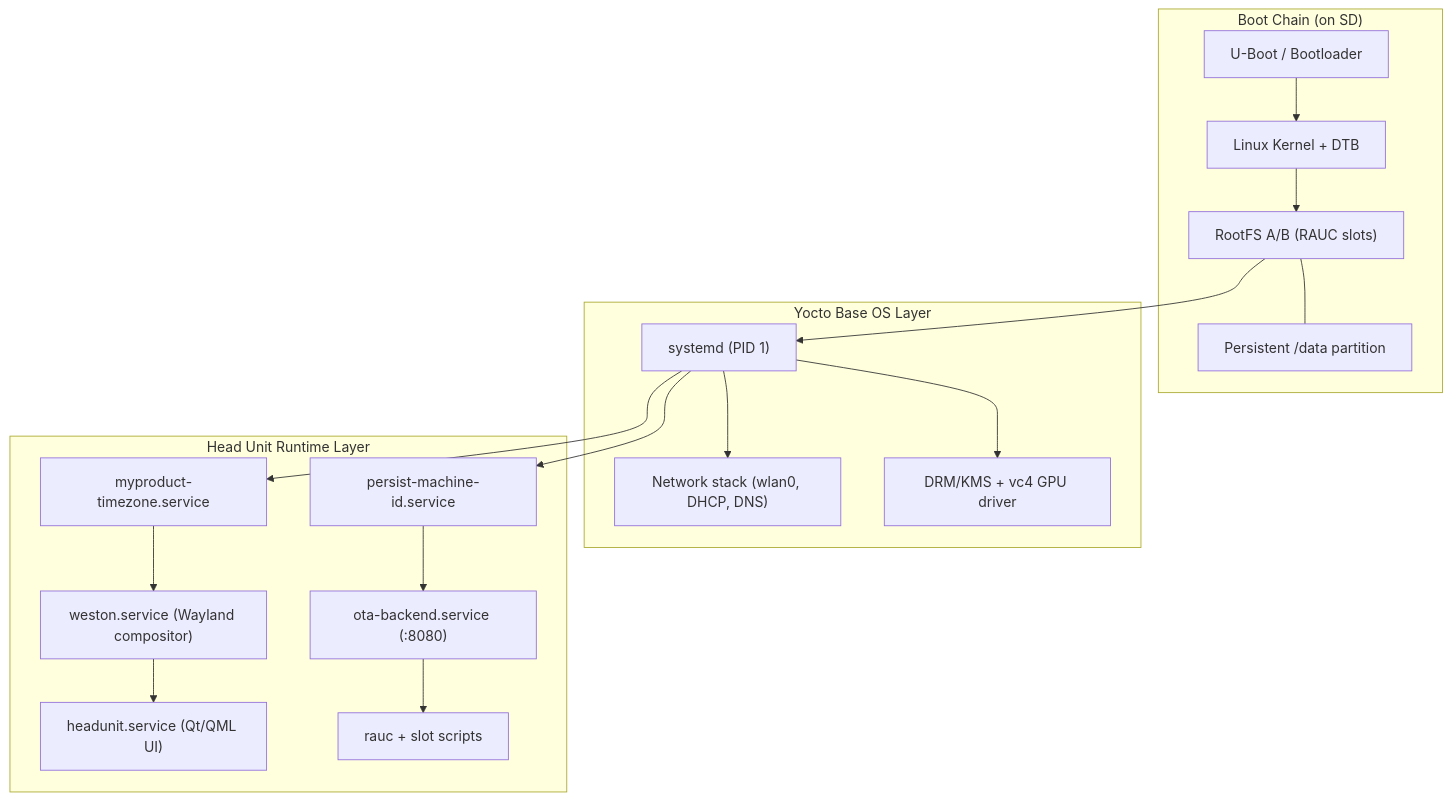
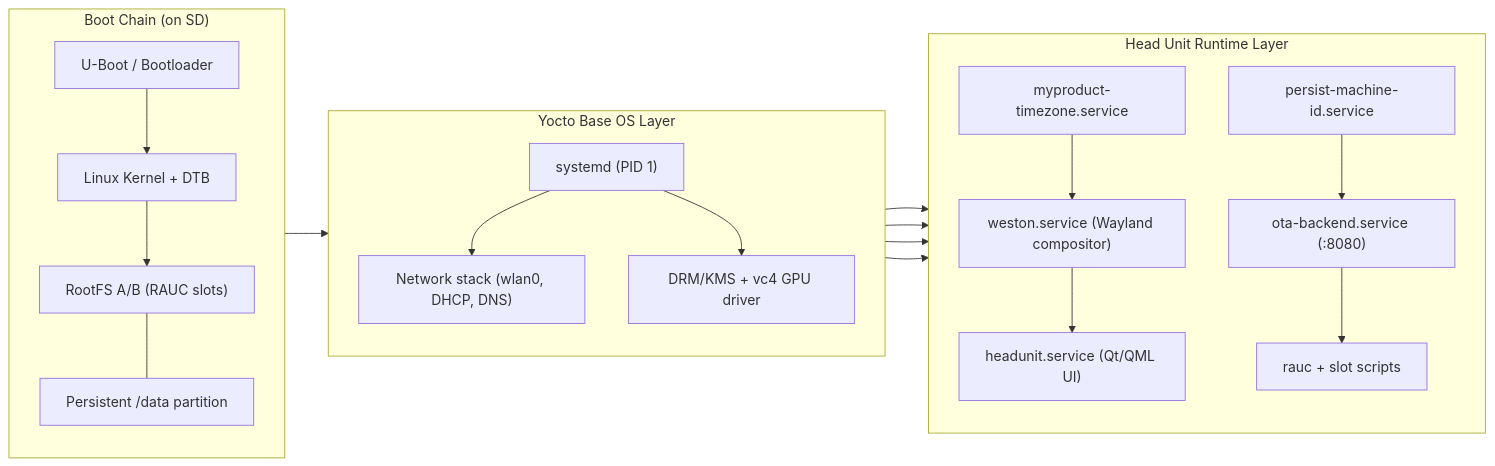
The second of 4 diagrams in README.md (SEAME-MCS-OTA/OTA_Headunit_yg), drawn with Mermaid before and after one commit.

Commit message:
docs: arrange Yocto image architecture as left-center-right layers

````diff
--- a/README.md
+++ b/README.md
@@ -104,36 +104,41 @@
 ```mermaid
-flowchart TB
+flowchart LR
   subgraph BOOT["Boot Chain (on SD)"]
+    direction TB
     UBOOT["U-Boot / Bootloader"]
     KERNEL["Linux Kernel + DTB"]
     ROOTFS["RootFS A/B (RAUC slots)"]
     DATA["Persistent /data partition"]
     UBOOT --> KERNEL --> ROOTFS
     ROOTFS --- DATA
   end
 
   subgraph BASE["Yocto Base OS Layer"]
+    direction TB
     SYS["systemd (PID 1)"]
     NET["Network stack (wlan0, DHCP, DNS)"]
     DRM["DRM/KMS + vc4 GPU driver"]
     SYS --> NET
     SYS --> DRM
   end
 
   subgraph APP["Head Unit Runtime Layer"]
+    direction TB
     TZ["myproduct-timezone.service"]
     MID["persist-machine-id.service"]
     WESTON["weston.service (Wayland compositor)"]
     HU["headunit.service (Qt/QML UI)"]
     OTA["ota-backend.service (:8080)"]
     RAUC["rauc + slot scripts"]
     TZ --> WESTON
     MID --> OTA
     WESTON --> HU
     OTA --> RAUC
   end
 
   ROOTFS --> SYS
+  SYS --> WESTON
+  SYS --> OTA
   SYS --> TZ
   SYS --> MID
 ```
````
